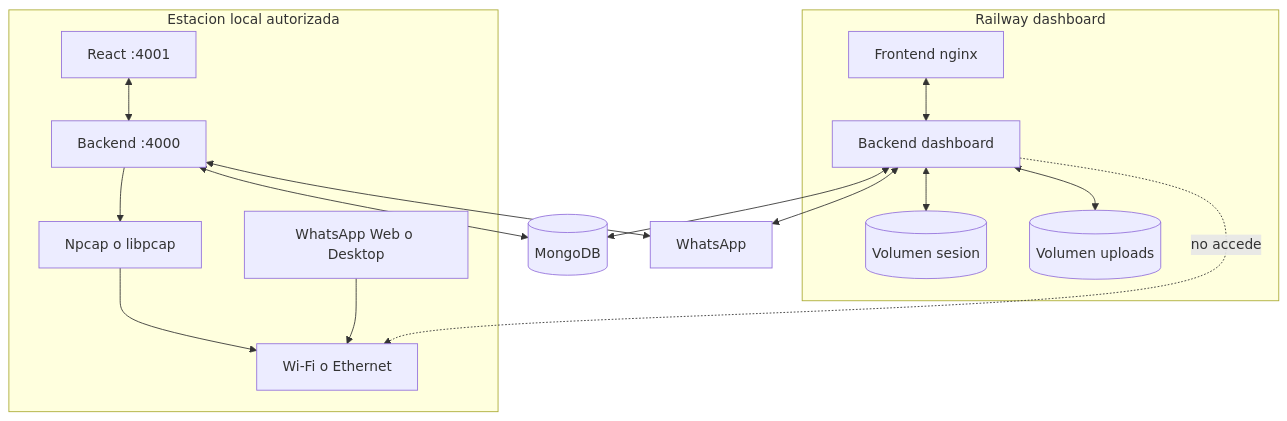
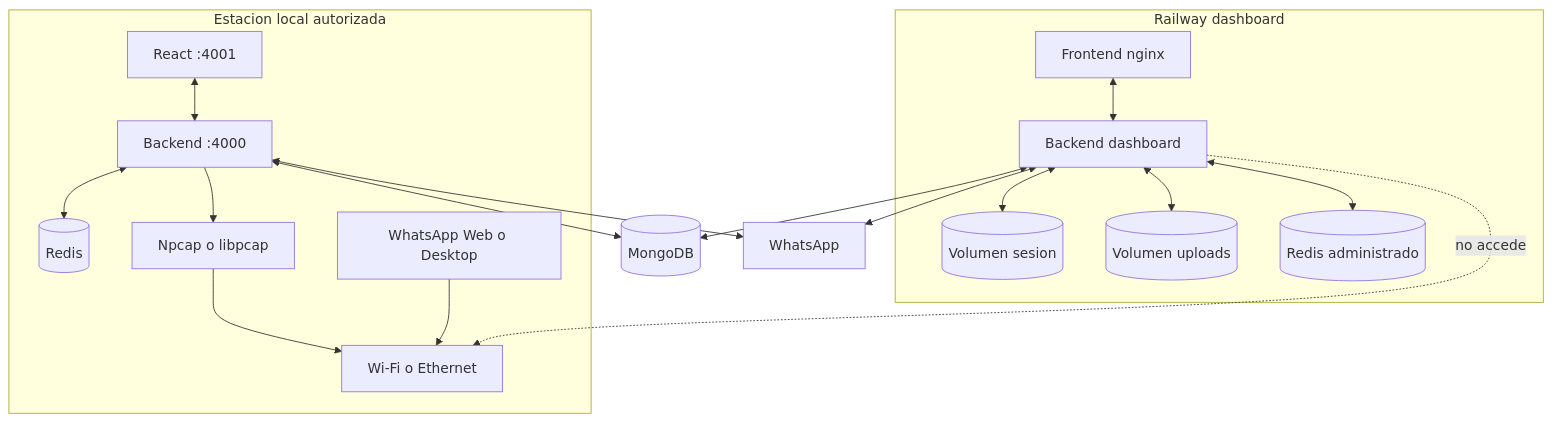
Before and after one commit to deco31416/wp-monitor: the diagram in docs/diagrams/03-deployment-topologies.md, drawn with Mermaid. The commit also changed other lines of this file and 121 other files, not shown here.

````diff
--- a/docs/diagrams/03-deployment-topologies.md
+++ b/docs/diagrams/03-deployment-topologies.md
@@ -7,32 +7,36 @@
 ```mermaid
 flowchart TB
     subgraph Workstation[Estacion local autorizada]
       LocalUI[React :4001]
       LocalAPI[Backend :4000]
+      LocalRedis[(Redis)]
       Driver[Npcap o libpcap]
       NIC[Wi-Fi o Ethernet]
       Desktop[WhatsApp Web o Desktop]
       LocalUI <--> LocalAPI
+      LocalAPI <--> LocalRedis
       LocalAPI --> Driver --> NIC
       Desktop --> NIC
     end
 
     subgraph Cloud[Railway dashboard]
       CloudUI[Frontend nginx]
       CloudAPI[Backend dashboard]
       AuthVolume[(Volumen sesion)]
       UploadVolume[(Volumen uploads)]
+      CloudRedis[(Redis administrado)]
       CloudUI <--> CloudAPI
       CloudAPI <--> AuthVolume
       CloudAPI <--> UploadVolume
+      CloudAPI <--> CloudRedis
     end
 
     Mongo[(MongoDB)]
     WA[WhatsApp]
 
     LocalAPI <--> Mongo
     CloudAPI <--> Mongo
     LocalAPI <--> WA
     CloudAPI <--> WA
     CloudAPI -. no accede .-> NIC
 ```
````
